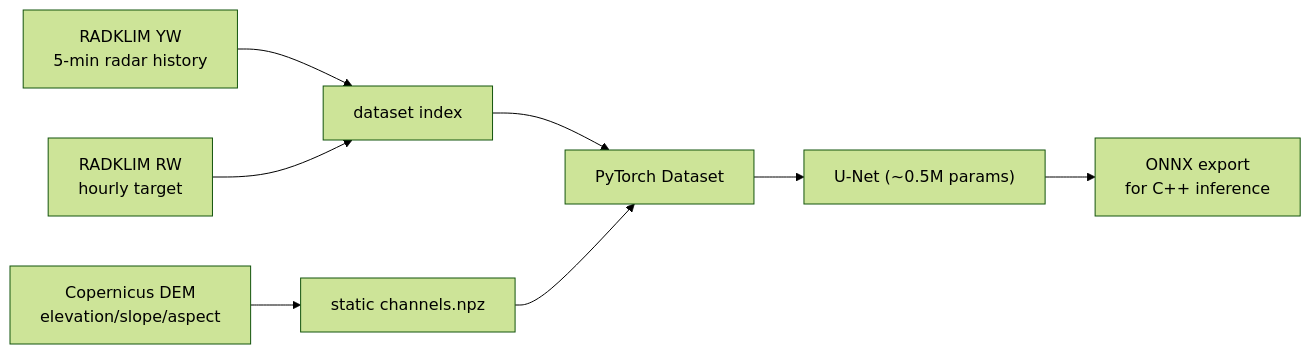
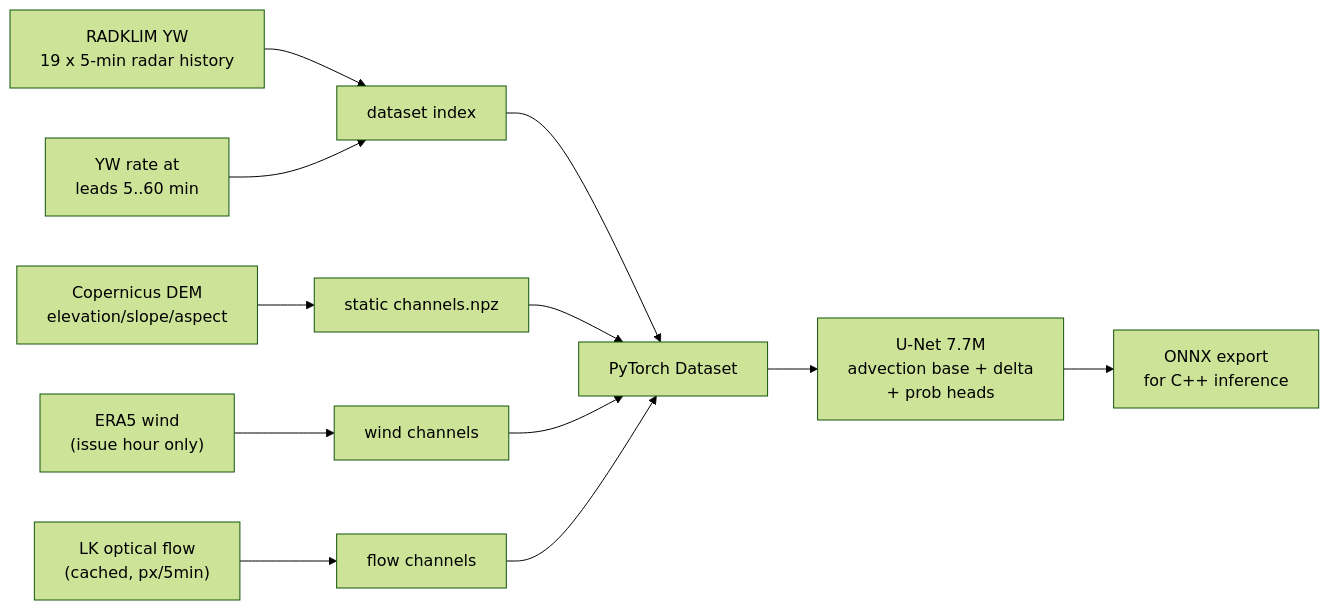
The diagram in mvp/README.md (Hemofektik/Nachtigall), drawn with Mermaid (forest theme) before and after one commit. The commit also changed other lines of this file and 5 other files, not shown here.

````diff
--- a/mvp/README.md
+++ b/mvp/README.md
@@ -10,10 +12,14 @@
 ```mermaid
 flowchart LR
-    A["RADKLIM YW<br/>5-min radar history"] --> D[dataset index]
-    B["RADKLIM RW<br/>hourly target"] --> D
+    A["RADKLIM YW<br/>19 x 5-min radar history"] --> D[dataset index]
+    B["YW rate at<br/>leads 5..60 min"] --> D
     C["Copernicus DEM<br/>elevation/slope/aspect"] --> S["static channels.npz"]
+    W["ERA5 wind<br/>(issue hour only)"] --> W2["wind channels"]
+    F["LK optical flow<br/>(cached, px/5min)"] --> F2["flow channels"]
     D --> T[PyTorch Dataset]
     S --> T
-    T --> M["U-Net (~0.5M params)"]
+    W2 --> T
+    F2 --> T
+    T --> M["U-Net 7.7M<br/>advection base + delta<br/>+ prob heads"]
     M --> E["ONNX export<br/>for C++ inference"]
 ```
````
